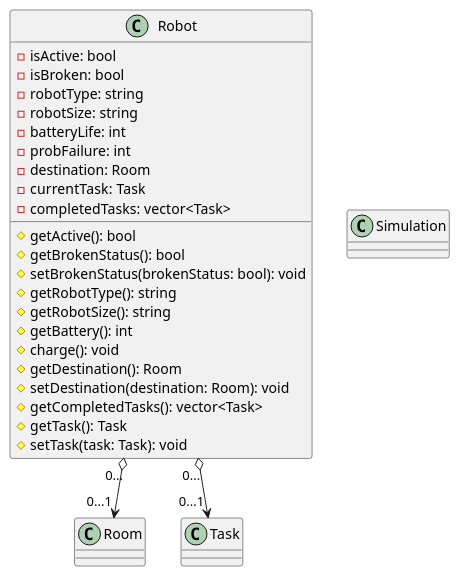
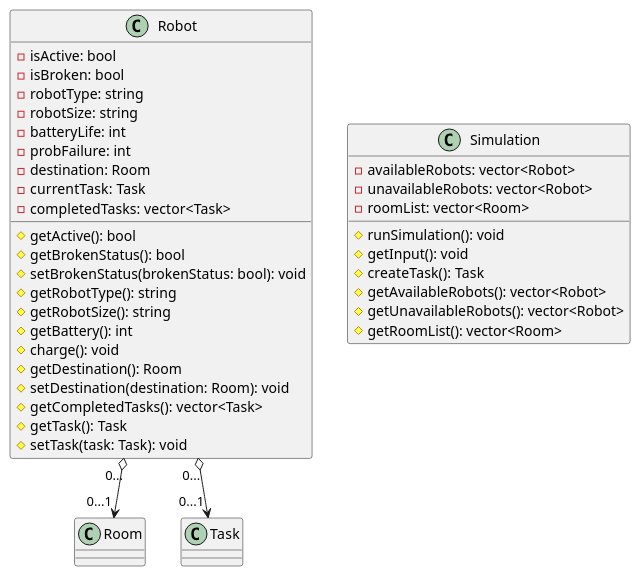
Before and after one commit to ur-cs-courses/course-project-clean-squad: the diagram in docs/design/classDiagrams/firstClassDiagram.puml, drawn with PlantUML.

Commit message:
Update firstClassDiagram.puml
Added Simulation class

```diff
--- a/docs/design/classDiagrams/firstClassDiagram.puml
+++ b/docs/design/classDiagrams/firstClassDiagram.puml
@@ -1,42 +1,50 @@
 @startuml RobotClassDiagram
 
 class Robot {
     - isActive: bool
     - isBroken: bool
     - robotType: string
     - robotSize: string
     - batteryLife: int
     - probFailure: int
     - destination: Room
     - currentTask: Task
     - completedTasks: vector<Task>
     # getActive(): bool
     # getBrokenStatus(): bool
     # setBrokenStatus(brokenStatus: bool): void
     # getRobotType(): string
     # getRobotSize(): string
     # getBattery(): int
     # charge(): void
     # getDestination(): Room
     # setDestination(destination: Room): void
     # getCompletedTasks(): vector<Task>
     # getTask(): Task
     # setTask(task: Task): void
 }
 
 class Room {
 
 }
 
 class Task {
 
 }
 
 class Simulation {
-
+    - availableRobots: vector<Robot>
+    - unavailableRobots: vector<Robot>
+    - roomList: vector<Room>
+    # runSimulation(): void
+    # getInput(): void
+    # createTask(): Task
+    # getAvailableRobots(): vector<Robot>
+    # getUnavailableRobots(): vector<Robot>
+    # getRoomList(): vector<Room>
 }
 
 Robot "0..." o--> "0...1" Room
 Robot "0..." o--> "0...1" Task
 
 @enduml
```
